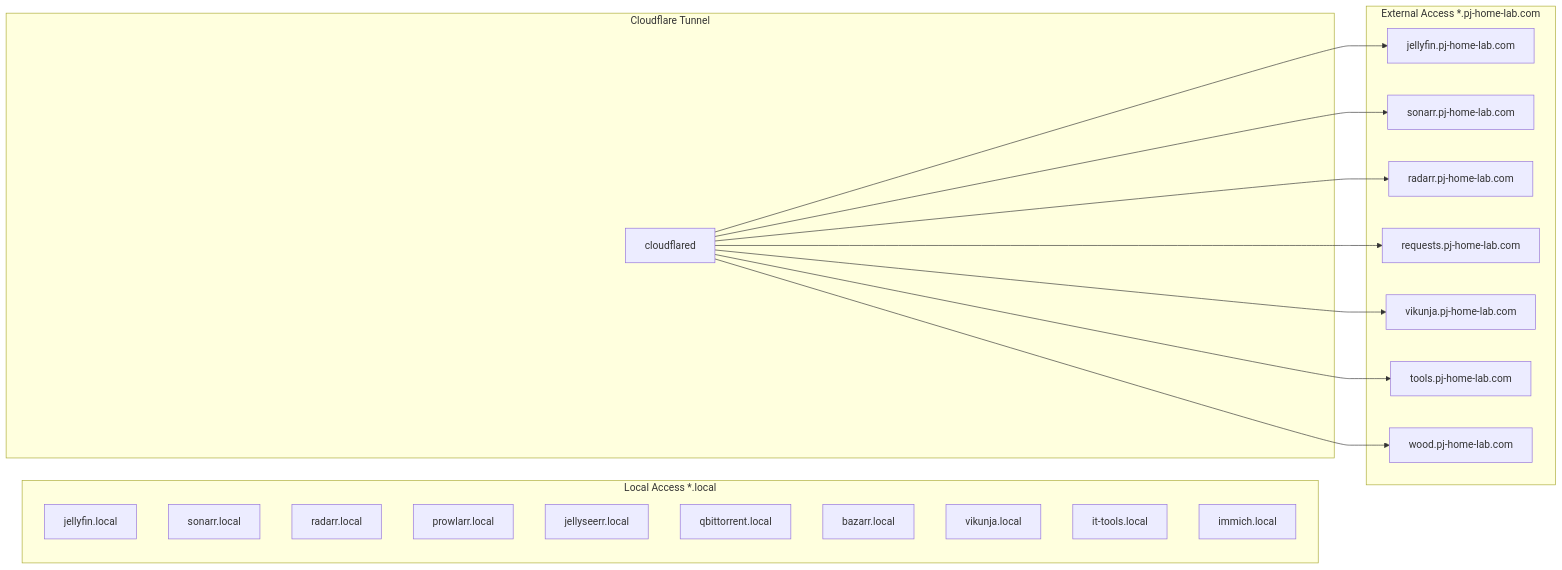
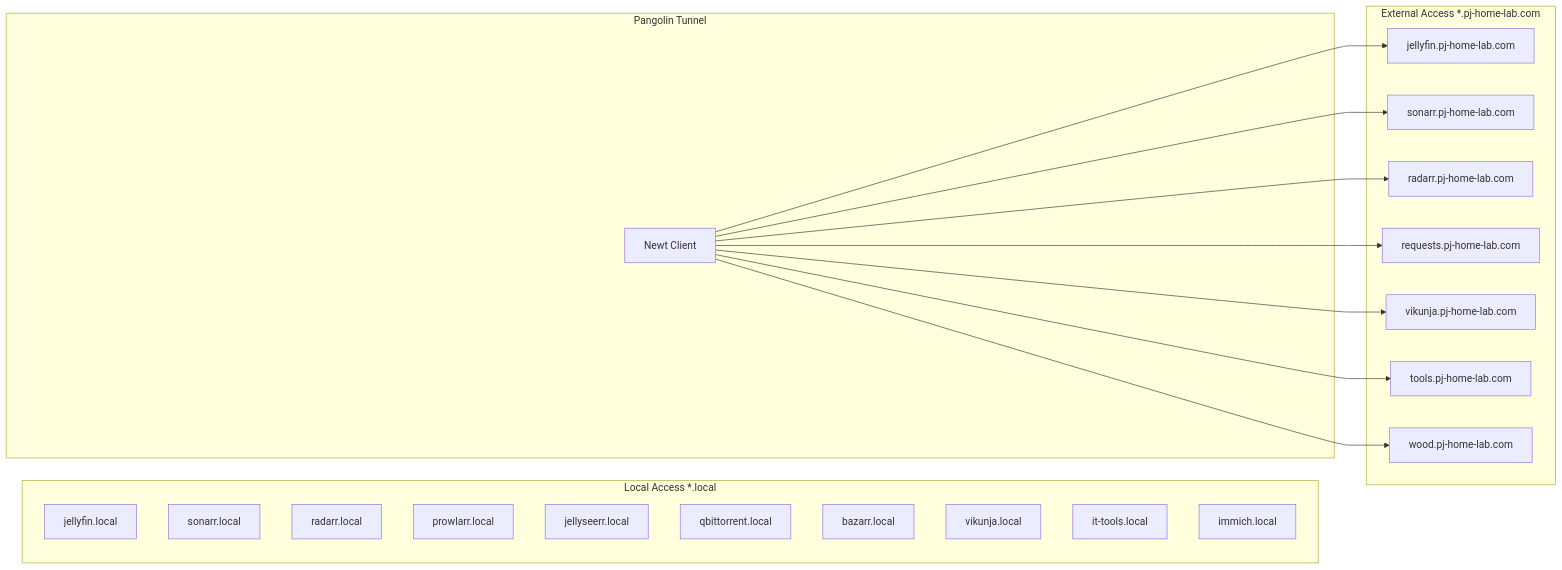
One commit to Petar-Jorgic/cluster changed the second of 3 diagrams in README.md. Above: the diagram before and after it, drawn with Mermaid. The commit also changed other lines of this file and 1 other file, not shown here.

Commit message:
Replace Cloudflare references with Pangolin, add Jellyfin to Grafana
Cloudflare tunnel was removed on 2026-02-23. Update README diagrams
and app table to reference Pangolin/Newt. Replace stale Cloudflare
service status panel in Grafana dashboard with Jellyfin.

````diff
--- a/README.md
+++ b/README.md
@@ -60,31 +60,31 @@
 ```mermaid
 graph LR
     subgraph "Local Access  *.local"
         A1[jellyfin.local]
         A2[sonarr.local]
         A3[radarr.local]
         A4[prowlarr.local]
         A5[jellyseerr.local]
         A6[qbittorrent.local]
         A7[bazarr.local]
         A8[vikunja.local]
         A9[it-tools.local]
         A10[immich.local]
     end
 
     subgraph "External Access  *.pj-home-lab.com"
         B1[jellyfin.pj-home-lab.com]
         B2[sonarr.pj-home-lab.com]
         B3[radarr.pj-home-lab.com]
         B4[requests.pj-home-lab.com]
         B5[vikunja.pj-home-lab.com]
         B6[tools.pj-home-lab.com]
         B7[wood.pj-home-lab.com]
     end
 
-    subgraph Cloudflare Tunnel
-        CF[cloudflared]
+    subgraph Pangolin Tunnel
+        PG2[Newt Client]
     end
 
-    CF --> B1 & B2 & B3 & B4 & B5 & B6 & B7
+    PG2 --> B1 & B2 & B3 & B4 & B5 & B6 & B7
 ```
````
